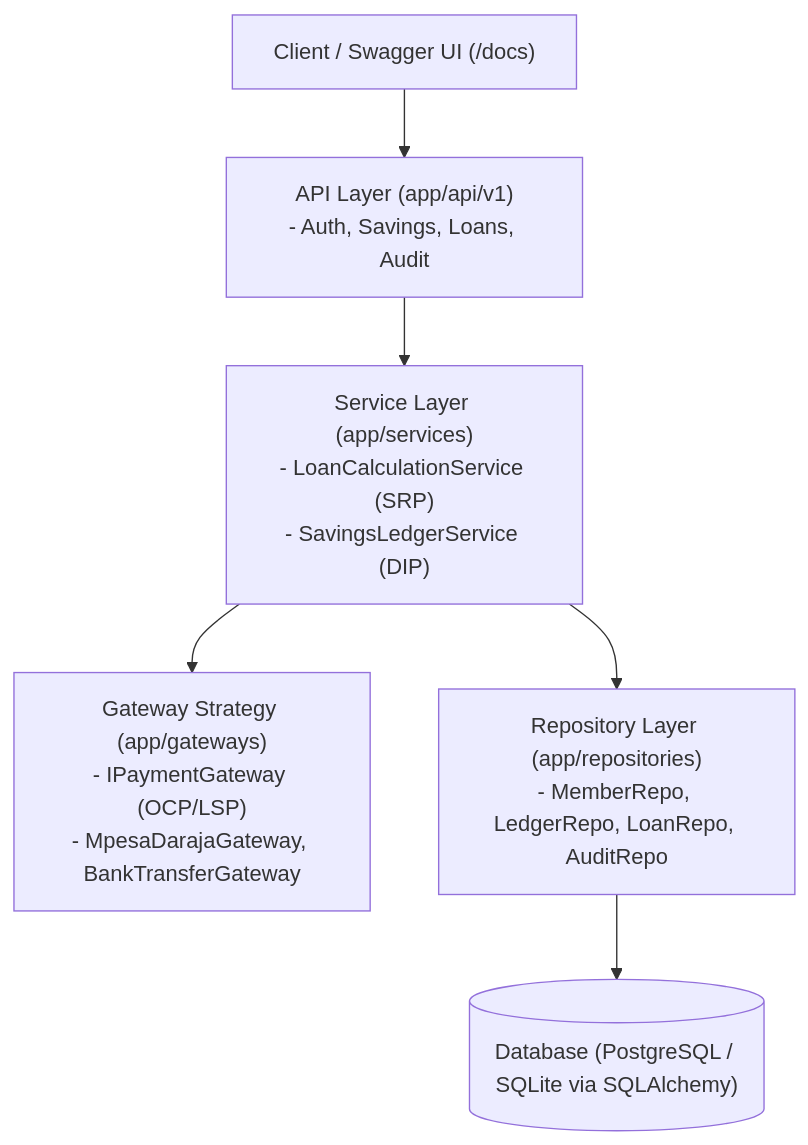
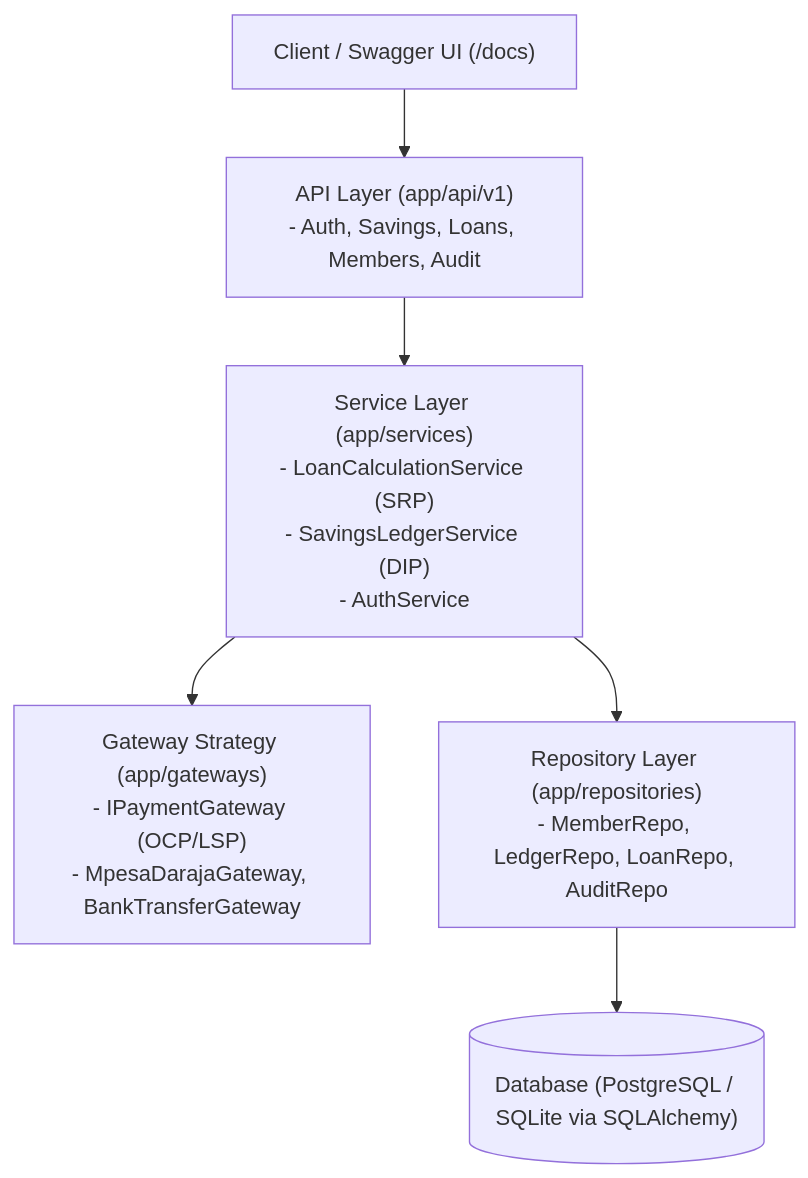
One commit to Mercy-Em-t/SWE-3020-GROUP_PROJECT changed the diagram in README.md. Above: the diagram before and after it, drawn with Mermaid. The commit also changed other lines of this file, not shown here.

First line of the commit message:
Revise team roles and project architecture details

````diff
--- a/README.md
+++ b/README.md
@@ -30,8 +39,8 @@
 ```mermaid
 flowchart TD
-    Client["Client / Swagger UI (/docs)"] --> API["API Layer (app/api/v1)\n- Auth, Savings, Loans, Audit"]
-    API --> Service["Service Layer (app/services)\n- LoanCalculationService (SRP)\n- SavingsLedgerService (DIP)"]
+    Client["Client / Swagger UI (/docs)"] --> API["API Layer (app/api/v1)\n- Auth, Savings, Loans, Members, Audit"]
+    API --> Service["Service Layer (app/services)\n- LoanCalculationService (SRP)\n- SavingsLedgerService (DIP)\n- AuthService"]
     Service --> Gateway["Gateway Strategy (app/gateways)\n- IPaymentGateway (OCP/LSP)\n- MpesaDarajaGateway, BankTransferGateway"]
     Service --> Repo["Repository Layer (app/repositories)\n- MemberRepo, LedgerRepo, LoanRepo, AuditRepo"]
     Repo --> DB[("Database (PostgreSQL / SQLite via SQLAlchemy)")]
 ```
````
